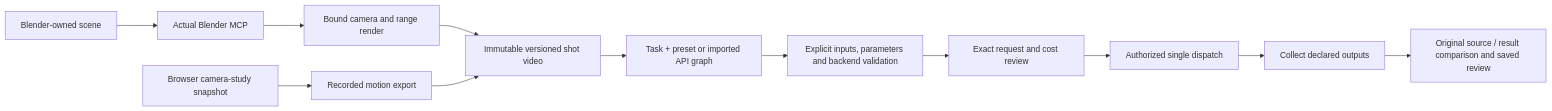
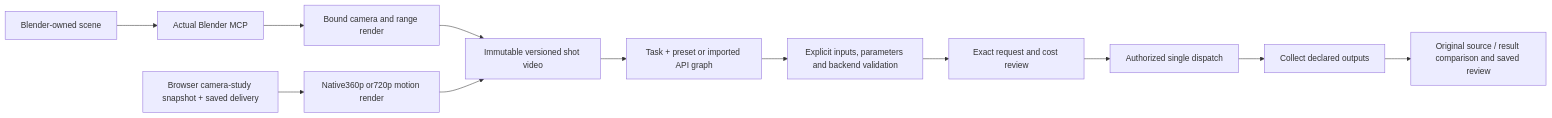
Before and after one commit to sbobyn/comfy-three-previs: the first of 2 diagrams in docs/review-pack.md, drawn with Mermaid. The commit also changed other lines of this file and 12 other files, not shown here.

````diff
--- a/docs/review-pack.md
+++ b/docs/review-pack.md
@@ -21,14 +21,14 @@
 ```mermaid
 flowchart LR
   B[Blender-owned scene] --> M[Actual Blender MCP]
   M --> R[Bound camera and range render]
-  T[Browser camera-study snapshot] --> E[Recorded motion export]
+  T[Browser camera-study snapshot + saved delivery] --> E[Native360p or720p motion render]
   R --> A[Immutable versioned shot video]
   E --> A
   A --> W[Task + preset or imported API graph]
   W --> V[Explicit inputs, parameters and backend validation]
   V --> Q[Exact request and cost review]
   Q --> X[Authorized single dispatch]
   X --> C[Collect declared outputs]
   C --> D[Original source / result comparison and saved review]
 ```
````
